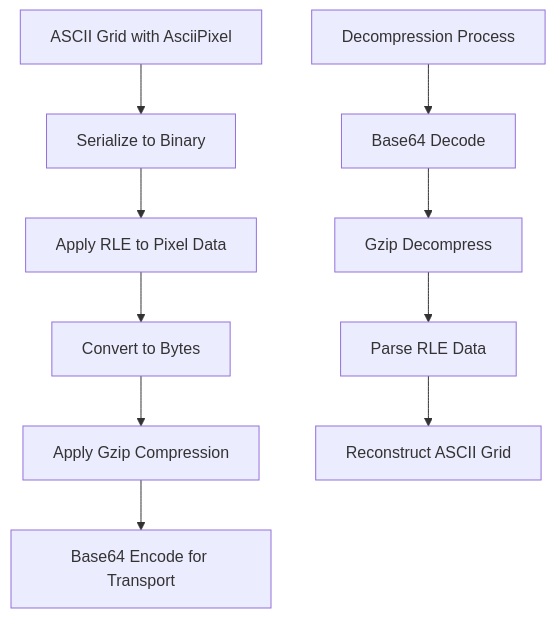
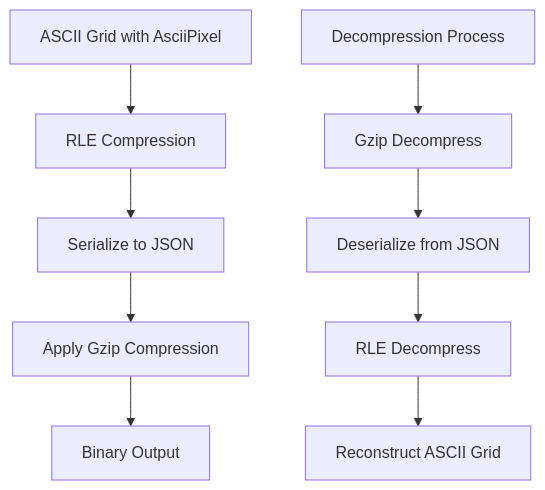
Before and after one commit to AlexanderHeffernan/image-to-ascii: the fourth of 5 diagrams in docs/backend.compression.md, drawn with Mermaid. The commit also changed other lines of this file, not shown here.

````diff
--- a/docs/backend.compression.md
+++ b/docs/backend.compression.md
@@ -74,13 +76,12 @@
 ```mermaid
 flowchart TD
-    A[ASCII Grid with AsciiPixel] --> B[Serialize to Binary]
-    B --> C[Apply RLE to Pixel Data]
-    C --> D[Convert to Bytes]
-    D --> E[Apply Gzip Compression]
-    E --> F[Base64 Encode for Transport]
+    A[ASCII Grid with AsciiPixel] --> B[RLE Compression]
+    B --> C[Serialize to JSON]
+    C --> D[Apply Gzip Compression]
+    D --> E[Binary Output]
     
-    G[Decompression Process] --> H[Base64 Decode]
-    H --> I[Gzip Decompress]
-    I --> J[Parse RLE Data]
-    J --> K[Reconstruct ASCII Grid]
+    F[Decompression Process] --> G[Gzip Decompress]
+    G --> H[Deserialize from JSON]
+    H --> I[RLE Decompress]
+    I --> J[Reconstruct ASCII Grid]
 ```
````
